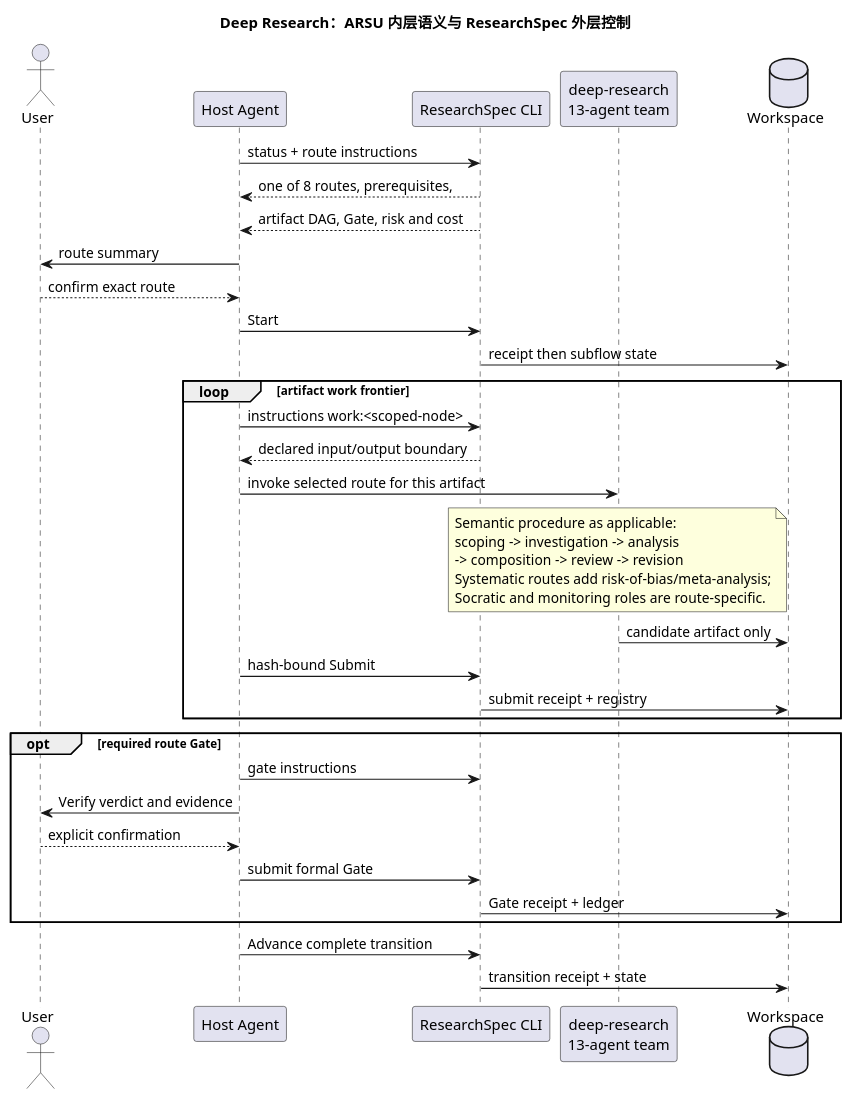
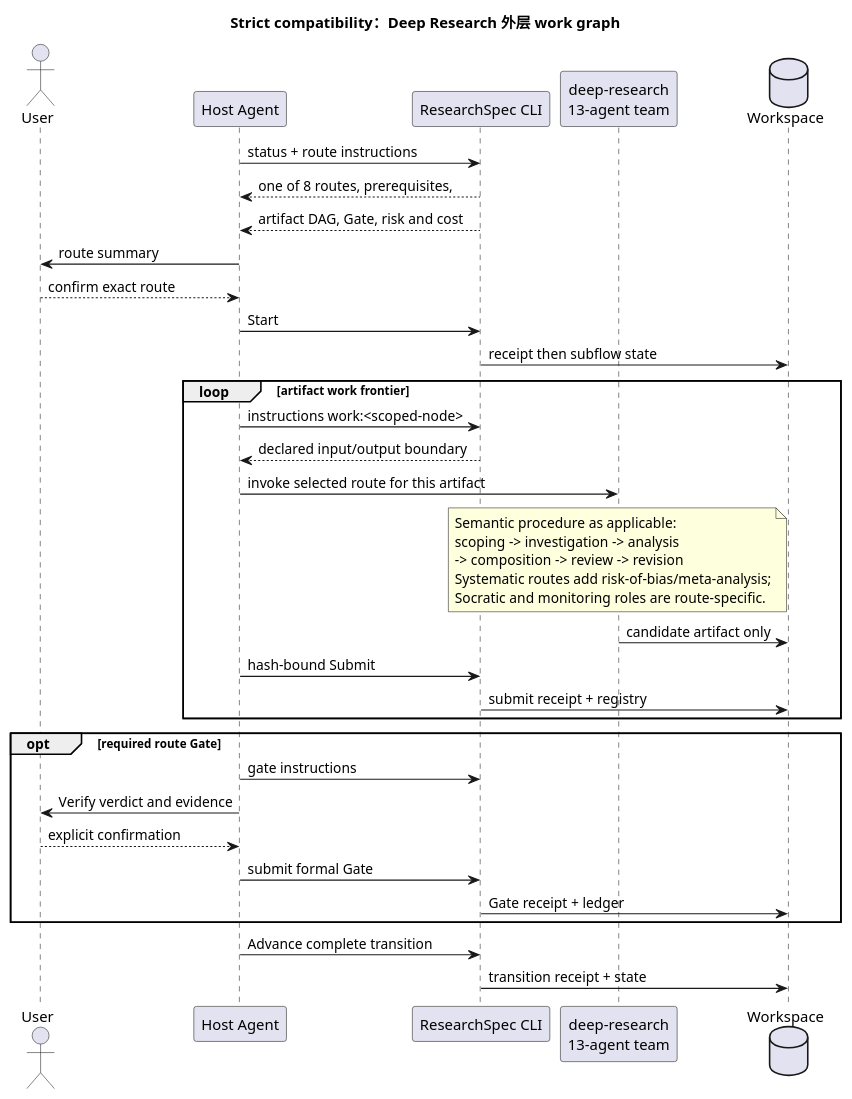
One commit to leike0813/ResearchSpec changed the diagram in docs/researchspec_arsu_runtime/diagrams/src/deep-research-workflow.puml. Above: the diagram before and after it, drawn with PlantUML. The commit also changed 114 other files, not shown here.

```diff
--- a/docs/researchspec_arsu_runtime/diagrams/src/deep-research-workflow.puml
+++ b/docs/researchspec_arsu_runtime/diagrams/src/deep-research-workflow.puml
@@ -1,43 +1,43 @@
 @startuml
-title Deep Research：ARSU 内层语义与 ResearchSpec 外层控制
+title Strict compatibility：Deep Research 外层 work graph
 skinparam shadowing false
 actor User
 participant "Host Agent" as Agent
 participant "ResearchSpec CLI" as CLI
 participant "deep-research\n13-agent team" as ARSU
 database "Workspace" as Files
 
 Agent -> CLI : status + route instructions
 CLI --> Agent : one of 8 routes, prerequisites,
 CLI --> Agent : artifact DAG, Gate, risk and cost
 Agent -> User : route summary
 User --> Agent : confirm exact route
 Agent -> CLI : Start
 CLI -> Files : receipt then subflow state
 
 loop artifact work frontier
   Agent -> CLI : instructions work:<scoped-node>
   CLI --> Agent : declared input/output boundary
   Agent -> ARSU : invoke selected route for this artifact
   note over ARSU
     Semantic procedure as applicable:
     scoping -> investigation -> analysis
     -> composition -> review -> revision
     Systematic routes add risk-of-bias/meta-analysis;
     Socratic and monitoring roles are route-specific.
   end note
   ARSU -> Files : candidate artifact only
   Agent -> CLI : hash-bound Submit
   CLI -> Files : submit receipt + registry
 end
 
 opt required route Gate
   Agent -> CLI : gate instructions
   Agent -> User : Verify verdict and evidence
   User --> Agent : explicit confirmation
   Agent -> CLI : submit formal Gate
   CLI -> Files : Gate receipt + ledger
 end
 Agent -> CLI : Advance complete transition
 CLI -> Files : transition receipt + state
 @enduml
```
